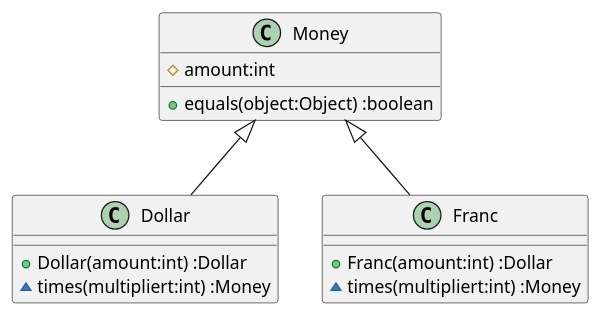
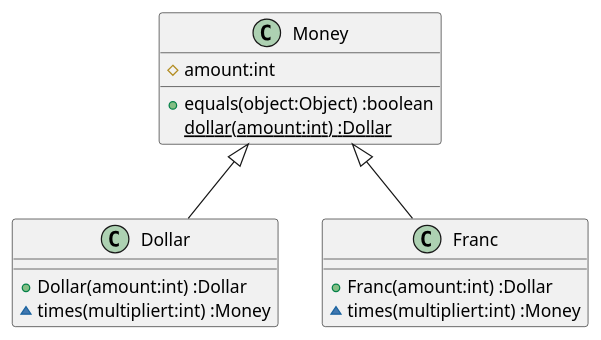
One commit to k2works/etude_for_java changed the diagram in docs/src/TDD.md. Above: the diagram before and after it, drawn with PlantUML. The commit also changed 3 other files, not shown here.

````diff
--- a/docs/src/TDD.md
+++ b/docs/src/TDD.md
@@ -61,16 +61,17 @@
 ```puml
 class Dollar {
   +Dollar(amount:int) :Dollar
   ~times(multipliert:int) :Money
 }
 class Franc {
   +Franc(amount:int) :Dollar
   ~times(multipliert:int) :Money
 }
 class Money {
   #amount:int
   +equals(object:Object) :boolean  
+  {static} dollar(amount:int) :Dollar
 }
 Money <|-- Dollar
 Money <|-- Franc
 ```
````
